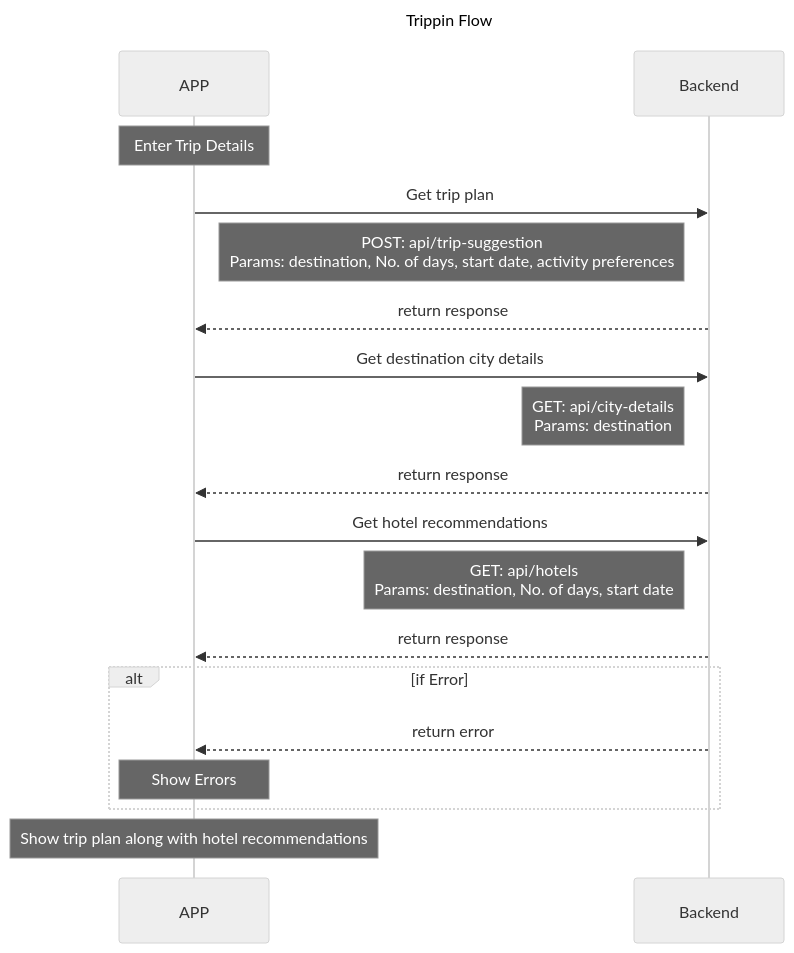
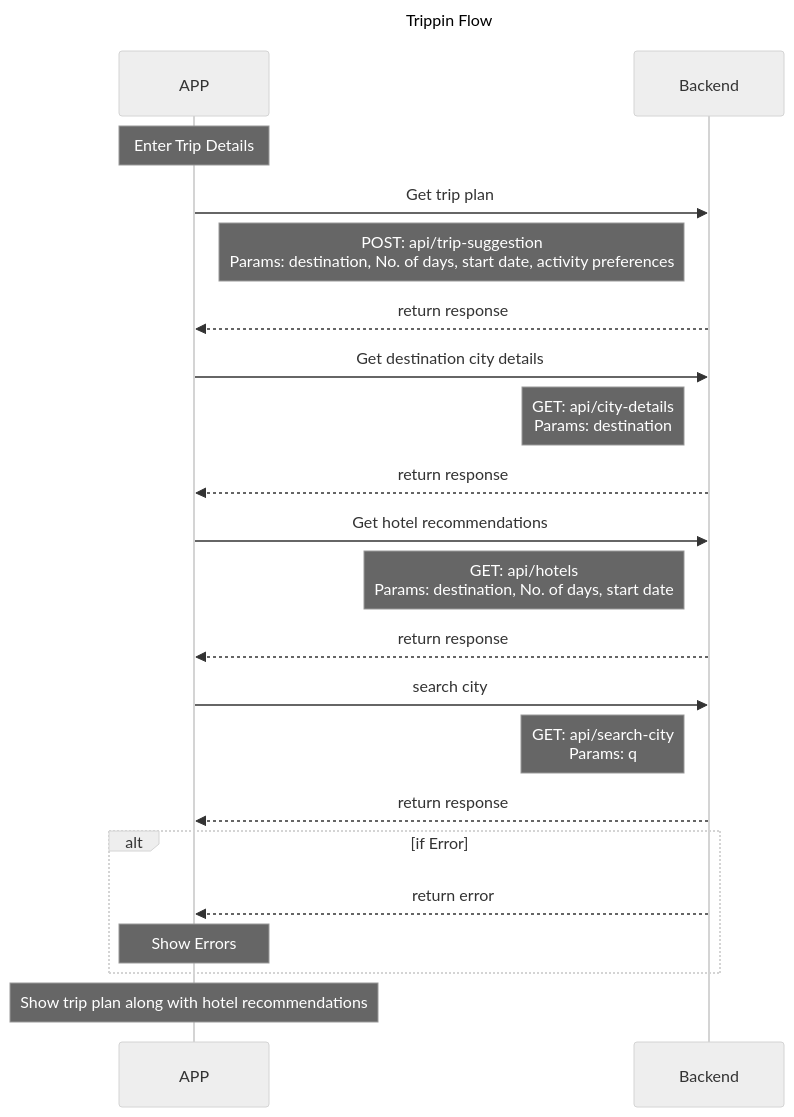
The diagram in docs/sequenceDiagrams/TripPlan.mermaid (yagnik159/travel-planner-ai), drawn with Mermaid (neutral theme) before and after one commit. The commit also changed 5 other files, not shown here.

```diff
--- a/docs/sequenceDiagrams/TripPlan.mermaid
+++ b/docs/sequenceDiagrams/TripPlan.mermaid
@@ -1,31 +1,37 @@
 sequenceDiagram
     title Trippin Flow
     participant APP as APP
     participant API as Backend
 
     note over APP : Enter Trip Details 
     
     APP->>API: Get trip plan
     
     note left of API: POST: api/trip-suggestion <br> Params: destination, No. of days, start date, activity preferences 
 
     API-->>APP: return response
 
     APP->>API: Get destination city details
     
     note left of API: GET: api/city-details <br> Params: destination 
 
     API-->>APP: return response
 
     APP->>API: Get hotel recommendations
     
     note left of API: GET: api/hotels <br> Params: destination, No. of days, start date
 
     API-->>APP: return response
+    
+    APP->>API: search city
+    
+    note left of API: GET: api/search-city <br> Params: q
+
+    API-->>APP: return response
 
     alt if Error
         API-->>APP: return error
         note over APP: Show Errors
     end
 
     note over APP: Show trip plan along with hotel recommendations
```
